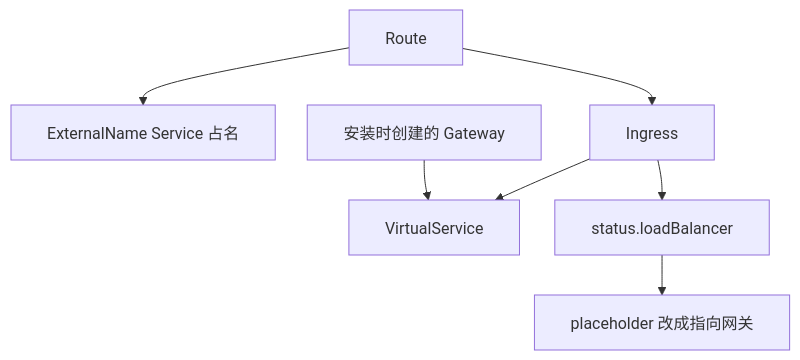
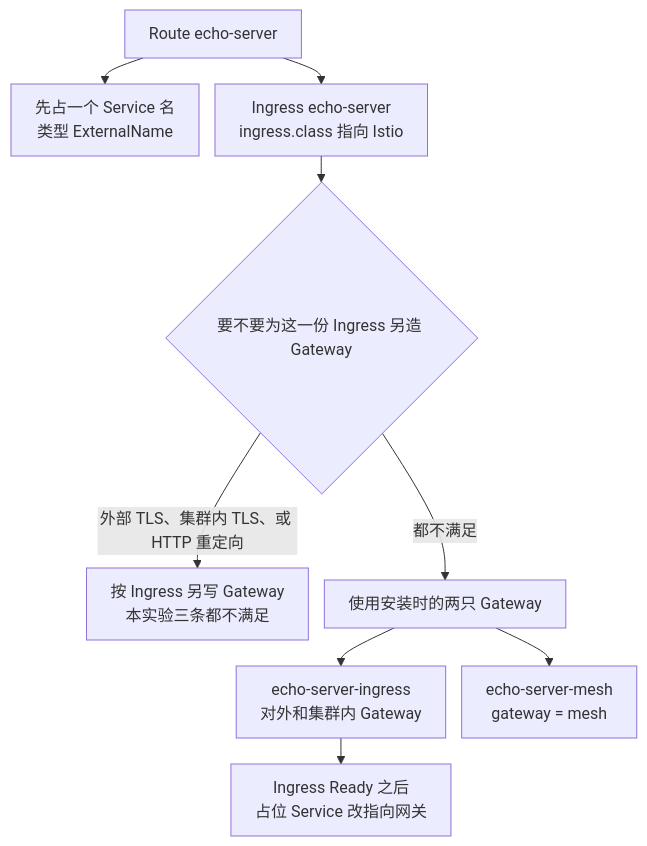
Before and after one commit to forrestIsRunning/knative-lab: the diagram in docs/kingress-to-virtualservice.md, drawn with Mermaid. The commit also changed other lines of this file and 6 other files, not shown here.

First line of the commit message:
把笔记收成一张 Knative 架构图

````diff
--- a/docs/kingress-to-virtualservice.md
+++ b/docs/kingress-to-virtualservice.md
@@ -29,10 +5,21 @@
 ```mermaid
-%%{init: {"htmlLabels": false, "flowchart": {"curve": "basis", "nodeSpacing": 32, "rankSpacing": 40, "padding": 18, "wrappingWidth": 800}}}%%
-flowchart TD
-  route["Route"] --> ph["ExternalName Service 占名"]
-  route --> ing["Ingress"]
-  ing --> vs["VirtualService"]
-  gw["安装时创建的 Gateway"] --> vs
-  ing --> lb["status.loadBalancer"]
-  lb --> real["placeholder 改成指向网关"]
+---
+config:
+  flowchart:
+    htmlLabels: true
+    wrappingWidth: 240
+    padding: 12
+    useMaxWidth: false
+    rankSpacing: 26
+    nodeSpacing: 16
+---
+flowchart TB
+  ROUTE["Route echo-server"] --> PH["先占一个 Service 名<br/>类型 ExternalName"]
+  ROUTE --> ING["Ingress echo-server<br/>ingress.class 指向 Istio"]
+  ING --> GATE{"要不要为这一份 Ingress 另造 Gateway"}
+  GATE -->|外部 TLS、集群内 TLS、或 HTTP 重定向| OWN["按 Ingress 另写 Gateway<br/>本实验三条都不满足"]
+  GATE -->|都不满足| SHARED["使用安装时的两只 Gateway"]
+  SHARED --> VSI["echo-server-ingress<br/>对外和集群内 Gateway"]
+  SHARED --> VSM["echo-server-mesh<br/>gateway = mesh"]
+  VSI --> LB["Ingress Ready 之后<br/>占位 Service 改指向网关"]
 ```
````
